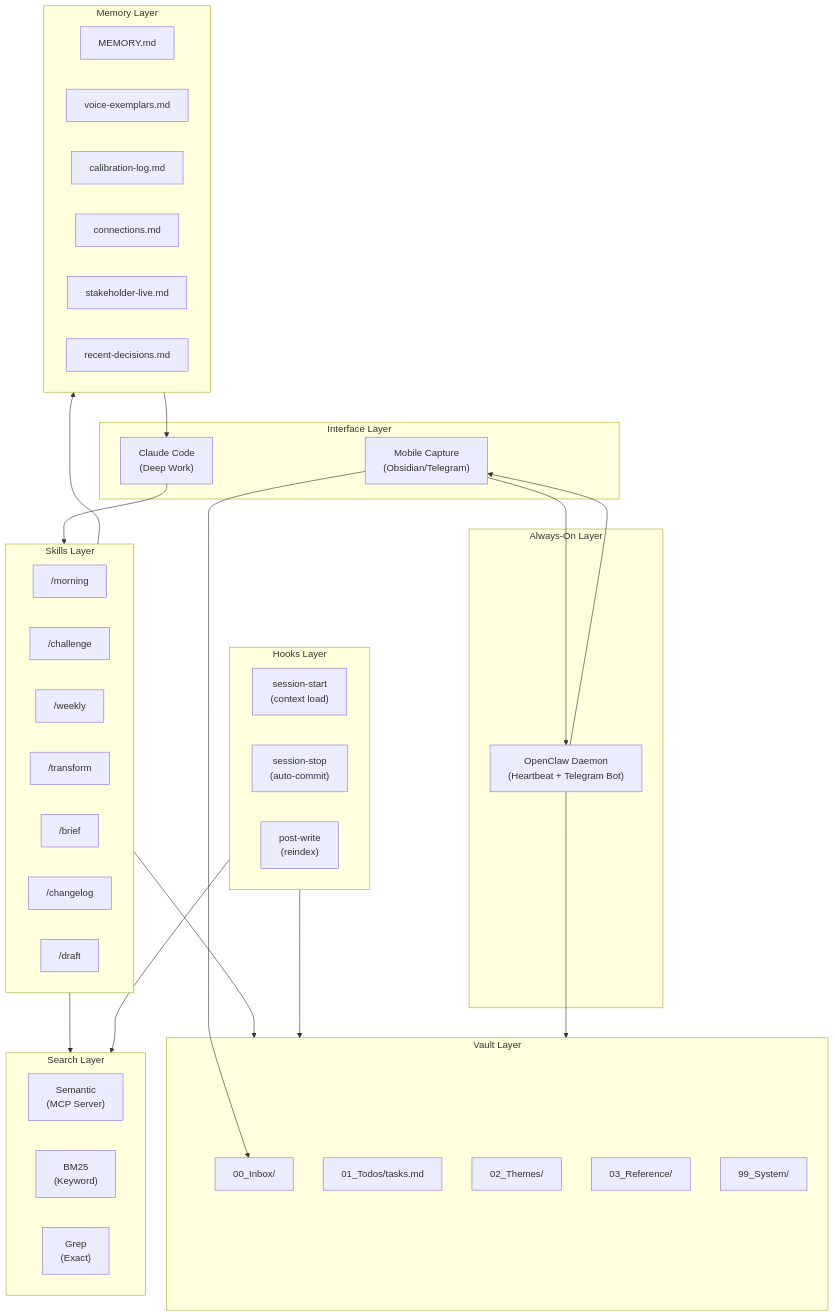
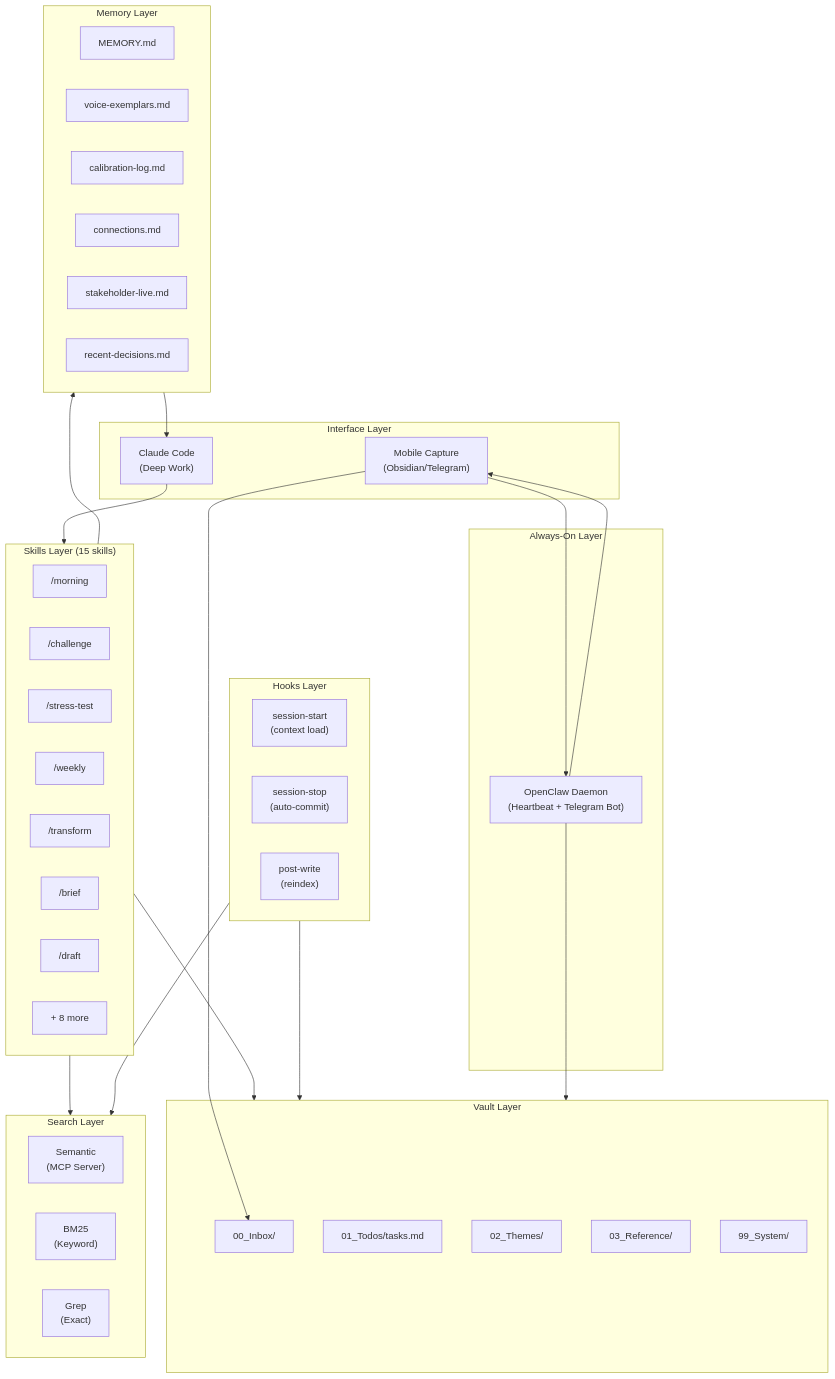
One commit to sovrana/qm-os changed the diagram in docs/architecture/overview.md. Above: the diagram before and after it, drawn with Mermaid. The commit also changed other lines of this file and 17 other files, not shown here.

````diff
--- a/docs/architecture/overview.md
+++ b/docs/architecture/overview.md
@@ -12,62 +12,63 @@
 ```mermaid
 graph TB
     subgraph Interface["Interface Layer"]
         Mobile["Mobile Capture<br/>(Obsidian/Telegram)"]
         CC["Claude Code<br/>(Deep Work)"]
     end
 
     subgraph Daemon["Always-On Layer"]
         OC["OpenClaw Daemon<br/>(Heartbeat + Telegram Bot)"]
     end
 
     subgraph Vault["Vault Layer"]
         Inbox["00_Inbox/"]
         Todos["01_Todos/tasks.md"]
         Themes["02_Themes/"]
         Ref["03_Reference/"]
         Sys["99_System/"]
     end
 
-    subgraph Skills["Skills Layer"]
+    subgraph Skills["Skills Layer (15 skills)"]
         Morning["/morning"]
         Challenge["/challenge"]
+        StressTest["/stress-test"]
         Weekly["/weekly"]
         Transform["/transform"]
         Brief["/brief"]
-        Changelog["/changelog"]
         Draft["/draft"]
+        More["+ 8 more"]
     end
 
     subgraph Hooks["Hooks Layer"]
         Start["session-start<br/>(context load)"]
         Stop["session-stop<br/>(auto-commit)"]
         PostWrite["post-write<br/>(reindex)"]
     end
 
     subgraph Memory["Memory Layer"]
         MEM["MEMORY.md"]
         Voice["voice-exemplars.md"]
         Cal["calibration-log.md"]
         Conn["connections.md"]
         Stake["stakeholder-live.md"]
         Rec["recent-decisions.md"]
     end
 
     subgraph Search["Search Layer"]
         Semantic["Semantic<br/>(MCP Server)"]
         BM25["BM25<br/>(Keyword)"]
         Grep["Grep<br/>(Exact)"]
     end
 
     CC --> Skills
     Skills --> Vault
     Skills --> Memory
     Skills --> Search
     Hooks --> Vault
     Hooks --> Search
     Mobile --> Inbox
     Mobile --> OC
     OC --> Vault
     OC --> Mobile
     Memory --> CC
 ```
````
